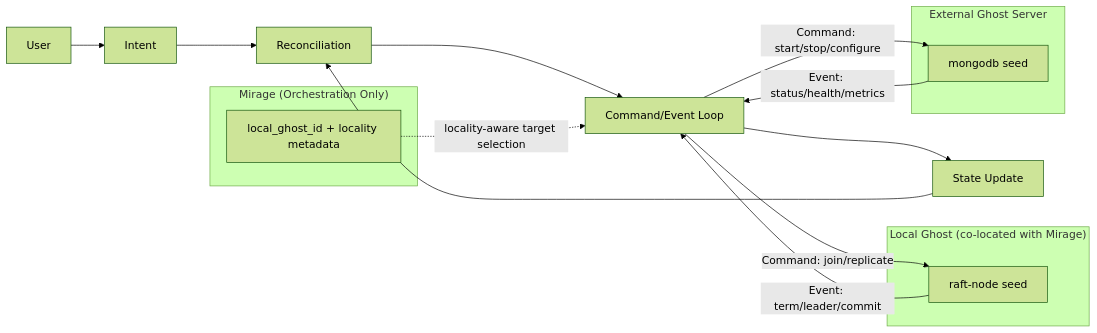
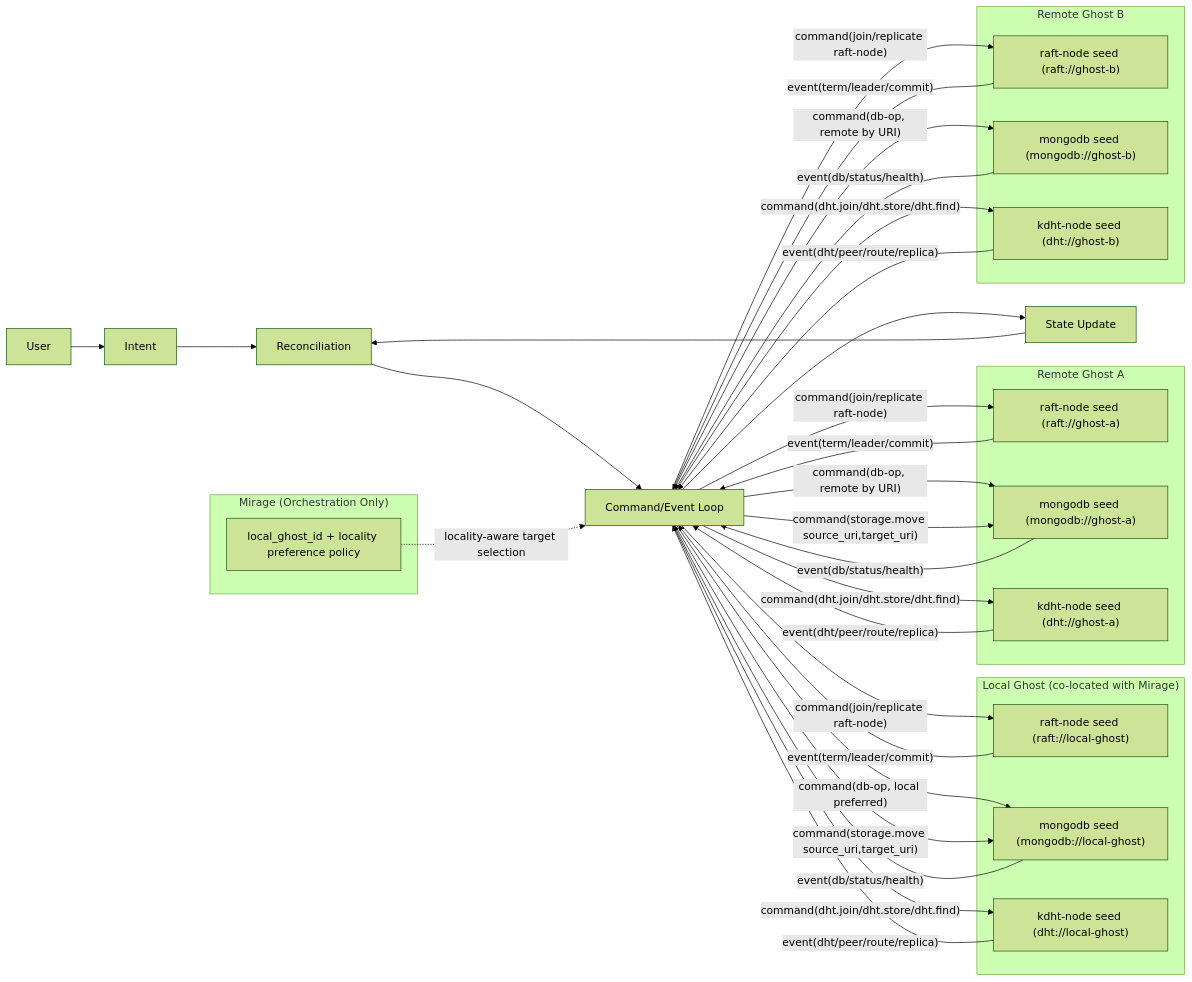
The diagram in docs/architecture/models/control_loop_locality.mmd (danmuck/edgectl), drawn with Mermaid (forest theme) before and after one commit. The commit also changed 25 other files, not shown here.

```diff
--- a/docs/architecture/models/control_loop_locality.mmd
+++ b/docs/architecture/models/control_loop_locality.mmd
@@ -1,31 +1,57 @@
 flowchart LR
     U["User"]
     I["Intent"]
     R["Reconciliation"]
     C["Command/Event Loop"]
     S["State Update"]
 
     subgraph M["Mirage (Orchestration Only)"]
-        MG["local_ghost_id + locality metadata"]
+        MG["local_ghost_id + locality preference policy"]
     end
 
     subgraph LG["Local Ghost (co-located with Mirage)"]
-        GR["raft-node seed"]
+        LGR["raft-node seed (raft://local-ghost)"]
+        LGM["mongodb seed (mongodb://local-ghost)"]
+        LGD["kdht-node seed (dht://local-ghost)"]
     end
 
-    subgraph SEED["External Ghost Server"]
-        SM["mongodb seed"]
+    subgraph RG1["Remote Ghost A"]
+        RGA["raft-node seed (raft://ghost-a)"]
+        RGM["mongodb seed (mongodb://ghost-a)"]
+        RGD["kdht-node seed (dht://ghost-a)"]
+    end
+
+    subgraph RG2["Remote Ghost B"]
+        RGB["raft-node seed (raft://ghost-b)"]
+        RGBM["mongodb seed (mongodb://ghost-b)"]
+        RGBD["kdht-node seed (dht://ghost-b)"]
     end
 
     U --> I
     I --> R
     R --> C
     C --> S
     S --> R
     MG -. "locality-aware target selection" .-> C
 
-    C -->|"Command: start/stop/configure"| SM
-    C -->|"Command: join/replicate"| GR
+    C -->|"command(join/replicate raft-node)"| LGR
+    C -->|"command(join/replicate raft-node)"| RGA
+    C -->|"command(join/replicate raft-node)"| RGB
+    C -->|"command(db-op, local preferred)"| LGM
+    C -->|"command(db-op, remote by URI)"| RGM
+    C -->|"command(db-op, remote by URI)"| RGBM
+    C -->|"command(storage.move source_uri,target_uri)"| LGM
+    C -->|"command(storage.move source_uri,target_uri)"| RGM
+    C -->|"command(dht.join/dht.store/dht.find)"| LGD
+    C -->|"command(dht.join/dht.store/dht.find)"| RGD
+    C -->|"command(dht.join/dht.store/dht.find)"| RGBD
 
-    SM -->|"Event: status/health/metrics"| C
-    GR -->|"Event: term/leader/commit"| C
+    LGR -->|"event(term/leader/commit)"| C
+    RGA -->|"event(term/leader/commit)"| C
+    RGB -->|"event(term/leader/commit)"| C
+    LGM -->|"event(db/status/health)"| C
+    RGM -->|"event(db/status/health)"| C
+    RGBM -->|"event(db/status/health)"| C
+    LGD -->|"event(dht/peer/route/replica)"| C
+    RGD -->|"event(dht/peer/route/replica)"| C
+    RGBD -->|"event(dht/peer/route/replica)"| C
```
